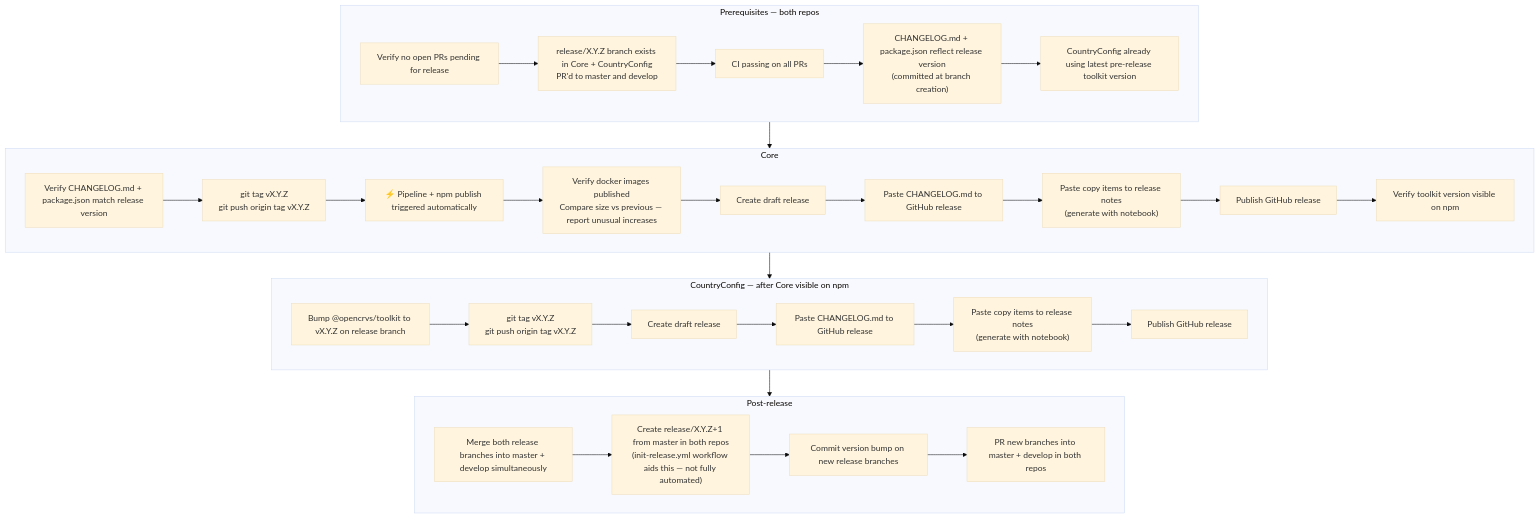
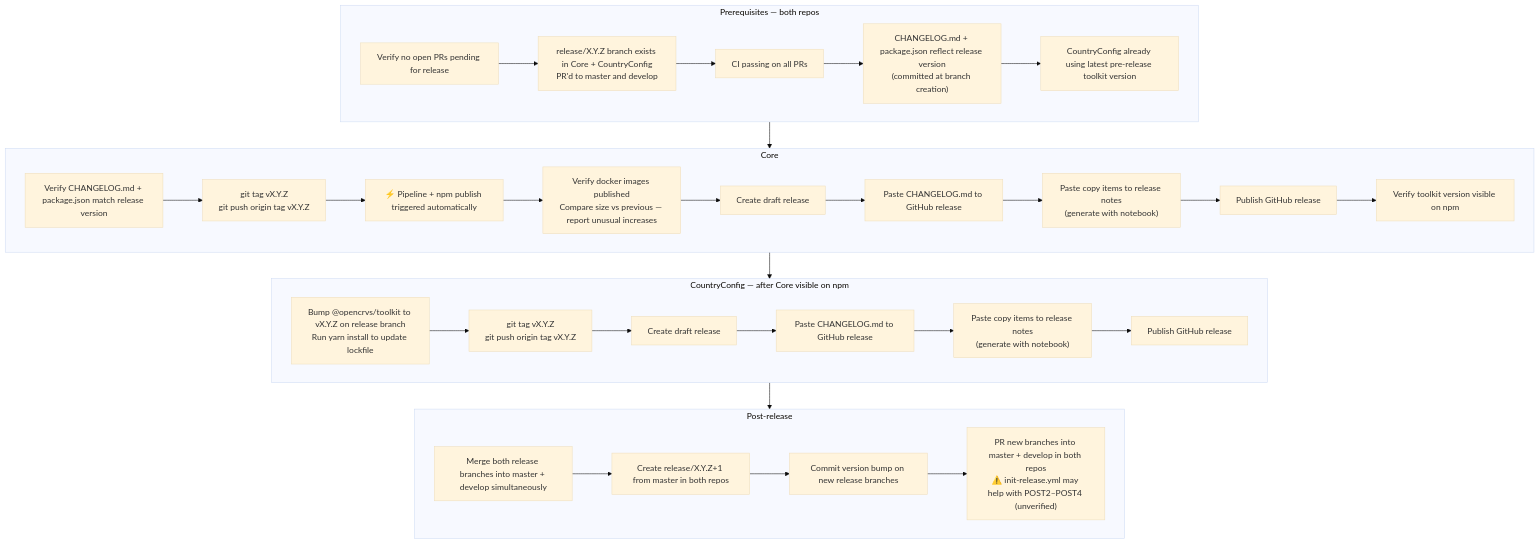
One commit to opencrvs/opencrvs-core changed the diagram in release-steps.md. Above: the diagram before and after it, drawn with Mermaid (base theme).

Commit message:
docs: make final adjustments

````diff
--- a/release-steps.md
+++ b/release-steps.md
@@ -3,46 +3,46 @@
 ```mermaid
 flowchart TD
     subgraph PRE["Prerequisites — both repos"]
         P1[Verify no open PRs pending for release]
         P2["release/X.Y.Z branch exists in Core + CountryConfig\nPR'd to master and develop"]
         P3[CI passing on all PRs]
         P4["CHANGELOG.md + package.json reflect release version\n(committed at branch creation)"]
         P5[CountryConfig already using latest pre-release toolkit version]
         P1 --> P2 --> P3 --> P4 --> P5
     end
 
     subgraph CORE["Core"]
         C1["Verify CHANGELOG.md + package.json match release version"]
         C2["git tag vX.Y.Z\ngit push origin tag vX.Y.Z"]
         C3["⚡ Pipeline + npm publish triggered automatically"]
         C4["Verify docker images published\nCompare size vs previous — report unusual increases"]
         C5[Create draft release]
         C6[Paste CHANGELOG.md to GitHub release]
         C7["Paste copy items to release notes\n(generate with notebook)"]
         C8[Publish GitHub release]
         C9[Verify toolkit version visible on npm]
         C1 --> C2 --> C3 --> C4 --> C5 --> C6 --> C7 --> C8 --> C9
     end
 
     subgraph CC["CountryConfig — after Core visible on npm"]
-        CC1["Bump @opencrvs/toolkit to vX.Y.Z on release branch"]
+        CC1["Bump @opencrvs/toolkit to vX.Y.Z on release branch\nRun yarn install to update lockfile"]
         CC2["git tag vX.Y.Z\ngit push origin tag vX.Y.Z"]
         CC3[Create draft release]
         CC4[Paste CHANGELOG.md to GitHub release]
         CC5["Paste copy items to release notes\n(generate with notebook)"]
         CC6[Publish GitHub release]
         CC1 --> CC2 --> CC3 --> CC4 --> CC5 --> CC6
     end
 
     subgraph POST["Post-release"]
         POST1[Merge both release branches into master + develop simultaneously]
-        POST2["Create release/X.Y.Z+1 from master in both repos\n(init-release.yml workflow aids this — not fully automated)"]
+        POST2["Create release/X.Y.Z+1 from master in both repos"]
         POST3["Commit version bump on new release branches"]
-        POST4[PR new branches into master + develop in both repos]
+        POST4["PR new branches into master + develop in both repos\n⚠️ init-release.yml may help with POST2–POST4 (unverified)"]
         POST1 --> POST2 --> POST3 --> POST4
     end
 
     PRE --> CORE
     CORE --> CC
     CC --> POST
 ```
````
